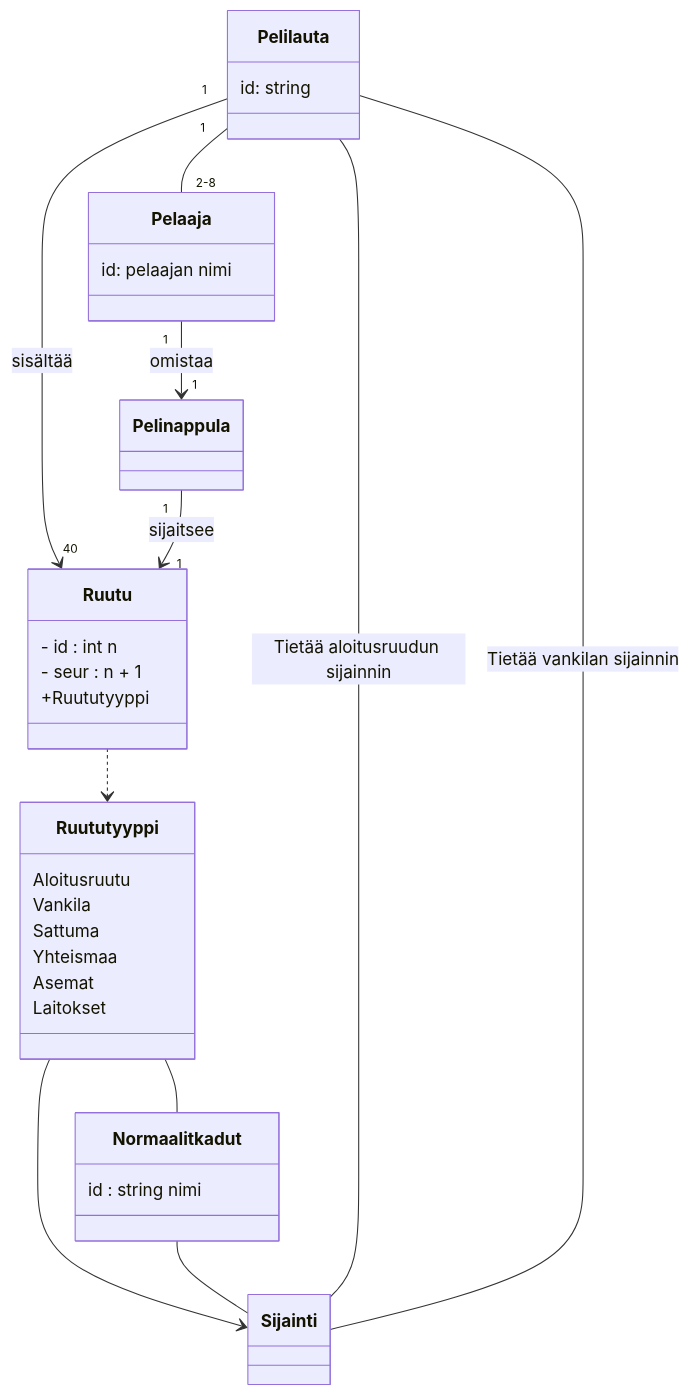
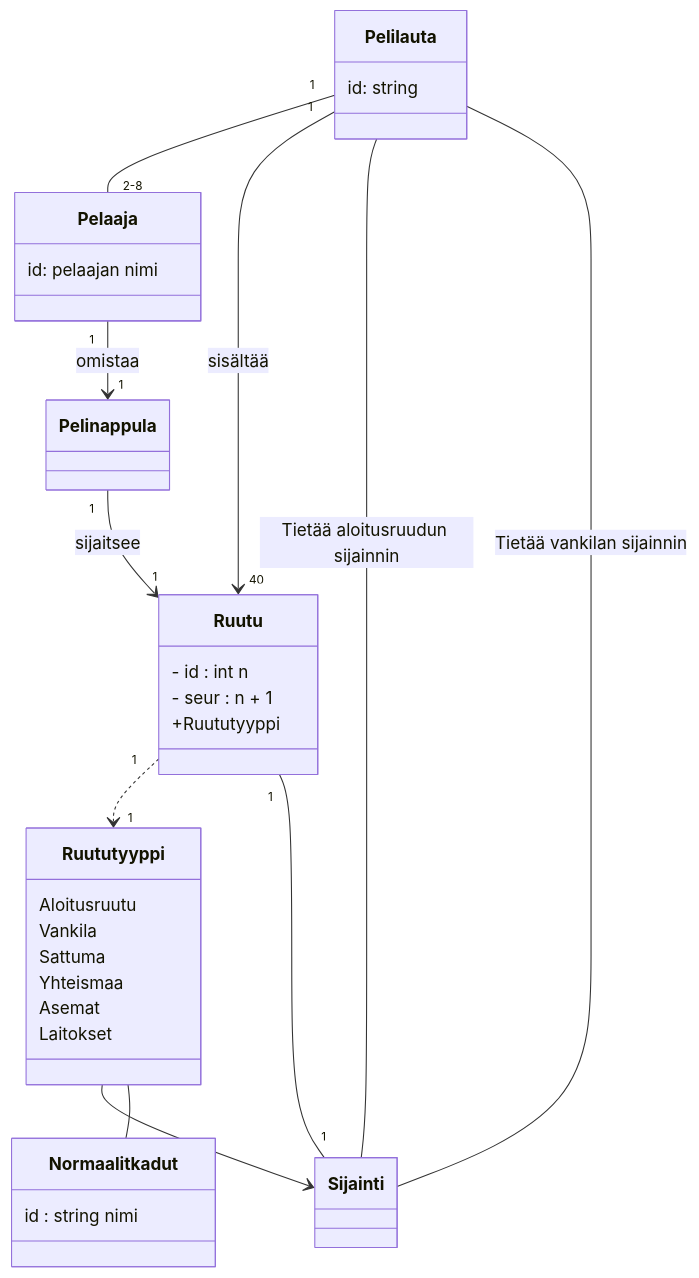
One commit to brotholi/ot-harjoitustyo changed the diagram in laskarit/viikko3/monopoli.md. Above: the diagram before and after it, drawn with Mermaid.

````diff
--- a/laskarit/viikko3/monopoli.md
+++ b/laskarit/viikko3/monopoli.md
@@ -1,61 +1,61 @@
 ```mermaid
  classDiagram
     
     
     class Pelaaja {
         id: pelaajan nimi
     }
 
     class Pelilauta {
      id: string   
     }
     
     
     class Ruutu {
     - id : int n
     - seur : n + 1
      +Ruututyyppi 
     
     }
     
     class Ruututyyppi {
      Aloitusruutu
      Vankila
      Sattuma
      Yhteismaa
      Asemat
      Laitokset
    
     }
     
     
 
     class Normaalit kadut {
     id : string nimi
     }
          
     class Pelinappula {
     }
     
 
     Pelilauta "1" -- "2-8" Pelaaja
 
     Pelaaja "1" --> "1" Pelinappula : omistaa
     Pelilauta "1" --> "40" Ruutu : sisältää
     Pelinappula "1" --> "1" Ruutu : sijaitsee
 
 
     
     Ruututyyppi --> Sijainti
-    Ruutu ..> Ruututyyppi
+    Ruutu "1" ..> "1" Ruututyyppi 
     Ruututyyppi -- Normaalit kadut
-    Normaalit kadut -- Sijainti
+    Ruutu "1" -- "1" Sijainti
     
     Pelilauta -- Sijainti : Tietää aloitusruudun sijainnin
     Pelilauta -- Sijainti : Tietää vankilan sijainnin
     
     
 
 
     
 ```
````
